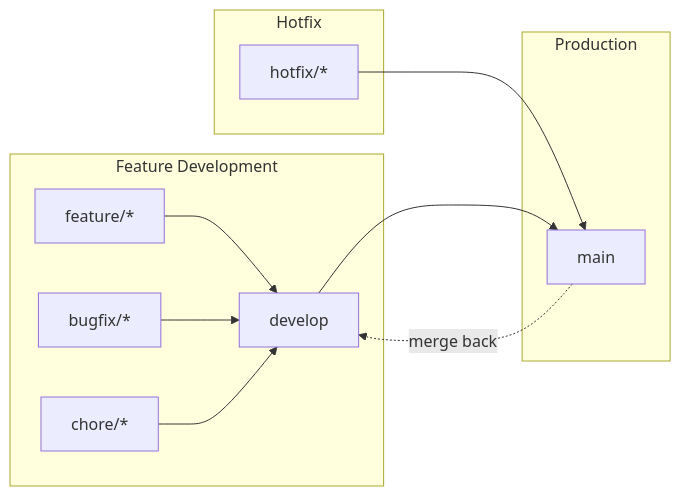
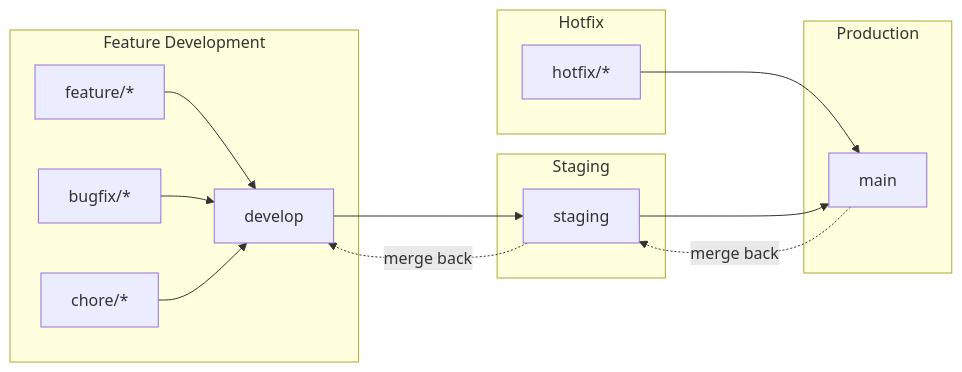
One commit to Brownbull/gmni_boletapp changed the diagram in docs/branching-strategy.md. Above: the diagram before and after it, drawn with Mermaid. The commit also changed other lines of this file and 2 other files, not shown here.

````diff
--- a/docs/branching-strategy.md
+++ b/docs/branching-strategy.md
@@ -64,17 +69,22 @@
 ```mermaid
 graph LR
     subgraph Feature Development
         F[feature/*] --> D[develop]
         B[bugfix/*] --> D
         C[chore/*] --> D
     end
 
+    subgraph Staging
+        D --> S[staging]
+    end
+
     subgraph Production
-        D --> M[main]
+        S --> M[main]
     end
 
     subgraph Hotfix
         H[hotfix/*] --> M
-        M -.->|merge back| D
+        M -.->|merge back| S
+        S -.->|merge back| D
     end
 ```
````
